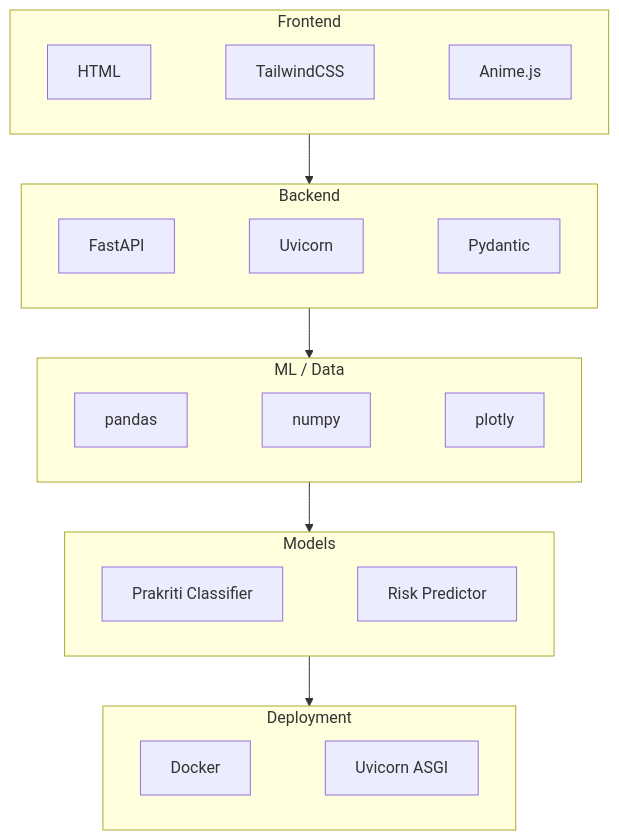
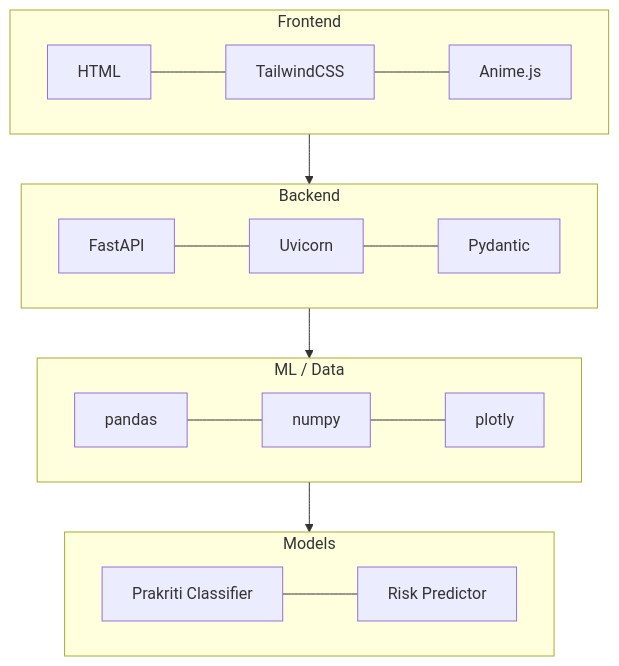
One commit to Avgohil/fusion-care-alzheimer-ml changed the fourth of 9 diagrams in README.md. Above: the diagram before and after it, drawn with Mermaid. The commit also changed other lines of this file, not shown here.

````diff
--- a/README.md
+++ b/README.md
@@ -237,25 +171,21 @@
 ```mermaid
 flowchart TD
-    subgraph L1 ["Frontend"]
+    subgraph Frontend
         direction LR
-        HTML[HTML] ~~~ TW[TailwindCSS] ~~~ AJS[Anime.js]
+        HTML --- TW[TailwindCSS] --- AJS[Anime.js]
     end
-    subgraph L2 ["Backend"]
+    subgraph Backend
         direction LR
-        FAPI[FastAPI] ~~~ UV[Uvicorn] ~~~ PYD[Pydantic]
+        FAPI[FastAPI] --- UV[Uvicorn] --- PYD[Pydantic]
     end
-    subgraph L3 ["ML / Data"]
+    subgraph MLData ["ML / Data"]
         direction LR
-        PD[pandas] ~~~ NP[numpy] ~~~ PLT[plotly]
+        PD[pandas] --- NP[numpy] --- PLT[plotly]
     end
-    subgraph L4 ["Models"]
+    subgraph Models
         direction LR
-        PRK[Prakriti Classifier] ~~~ RSK[Risk Predictor]
-    end
-    subgraph L5 ["Deployment"]
-        direction LR
-        DOC[Docker] ~~~ UVD[Uvicorn ASGI]
+        PRK[Prakriti Classifier] --- RSK[Risk Predictor]
     end
 
-    L1 --> L2 --> L3 --> L4 --> L5
+    Frontend --> Backend --> MLData --> Models
 ```
````
